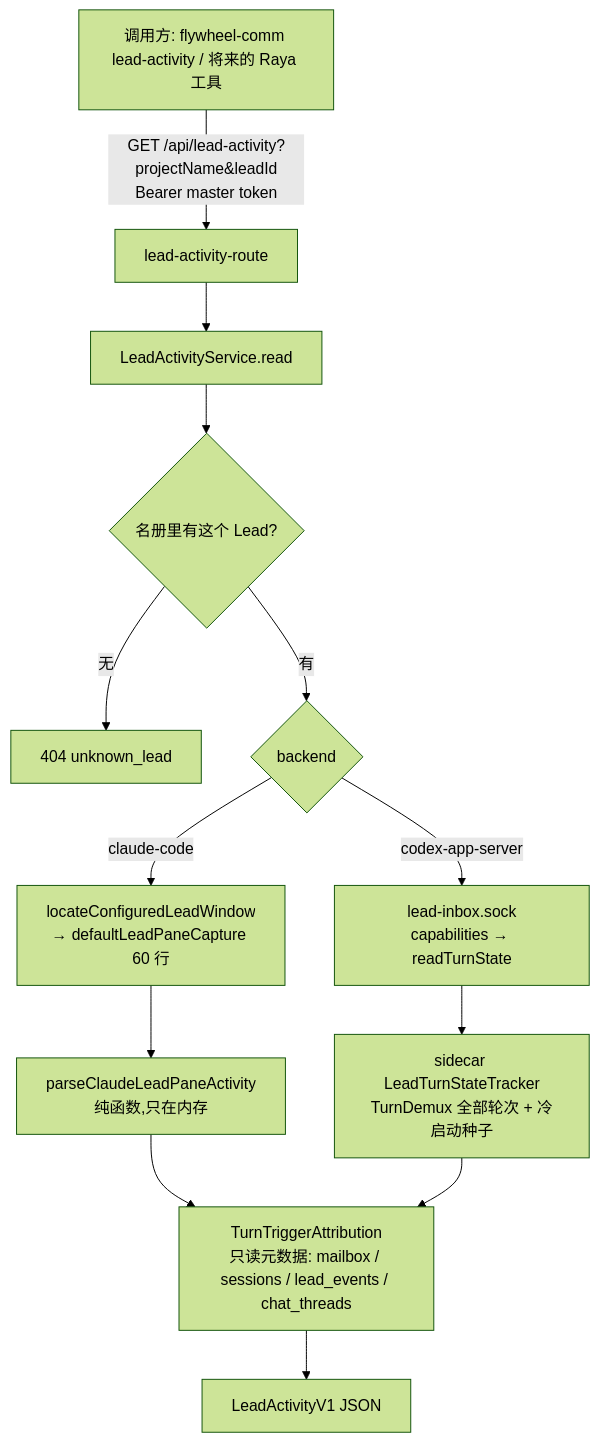
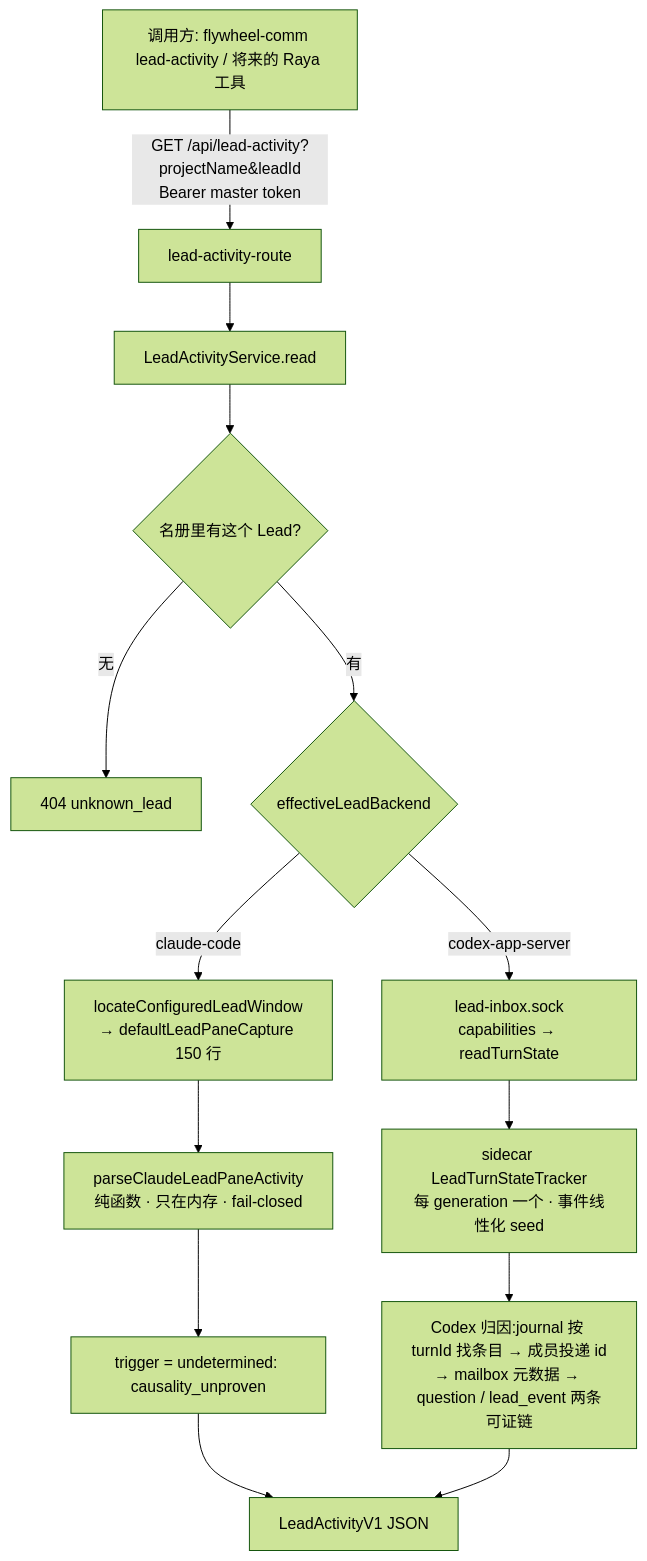
One commit to xrliAnnie/flywheel-qa-sandbox changed the diagram in engineering/doc/FLY-2882-lead-busy-state/plan.md. Above: the diagram before and after it, drawn with Mermaid (forest theme). The commit also changed other lines of this file and 12 other files, not shown here.

````diff
--- a/engineering/doc/FLY-2882-lead-busy-state/plan.md
+++ b/engineering/doc/FLY-2882-lead-busy-state/plan.md
@@ -24,15 +24,16 @@
 ```mermaid
 flowchart TD
   C[调用方: flywheel-comm lead-activity / 将来的 Raya 工具] -->|GET /api/lead-activity?projectName&leadId<br/>Bearer master token| R[lead-activity-route]
   R --> S[LeadActivityService.read]
   S --> REG{名册里有这个 Lead?}
   REG -- 无 --> E404[404 unknown_lead]
-  REG -- 有 --> CAR{backend}
-  CAR -- claude-code --> CL[locateConfiguredLeadWindow<br/>→ defaultLeadPaneCapture 60 行]
-  CL --> P[parseClaudeLeadPaneActivity<br/>纯函数,只在内存]
+  REG -- 有 --> CAR{effectiveLeadBackend}
+  CAR -- claude-code --> CL[locateConfiguredLeadWindow<br/>→ defaultLeadPaneCapture 150 行]
+  CL --> P[parseClaudeLeadPaneActivity<br/>纯函数 · 只在内存 · fail-closed]
+  P --> U1[trigger = undetermined: causality_unproven]
   CAR -- codex-app-server --> CX[lead-inbox.sock<br/>capabilities → readTurnState]
-  CX --> T[sidecar LeadTurnStateTracker<br/>TurnDemux 全部轮次 + 冷启动种子]
-  P --> A[TurnTriggerAttribution<br/>只读元数据: mailbox / sessions / lead_events / chat_threads]
-  T --> A
-  A --> OUT[LeadActivityV1 JSON]
+  CX --> T[sidecar LeadTurnStateTracker<br/>每 generation 一个 · 事件线性化 seed]
+  T --> A[Codex 归因:journal 按 turnId 找条目 → 成员投递 id<br/>→ mailbox 元数据 → question / lead_event 两条可证链]
+  U1 --> OUT[LeadActivityV1 JSON]
+  A --> OUT
 ```
````
